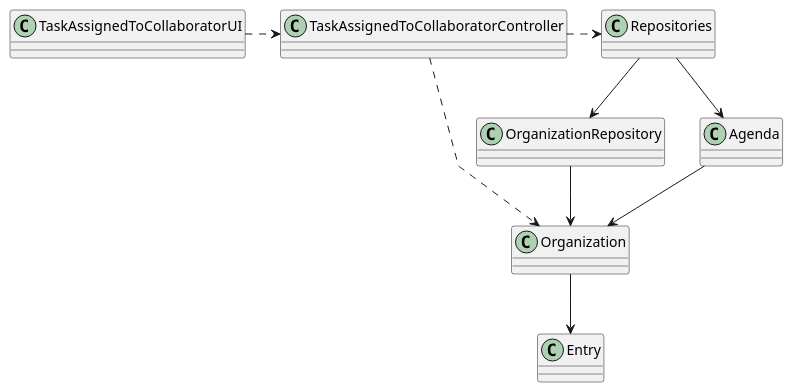
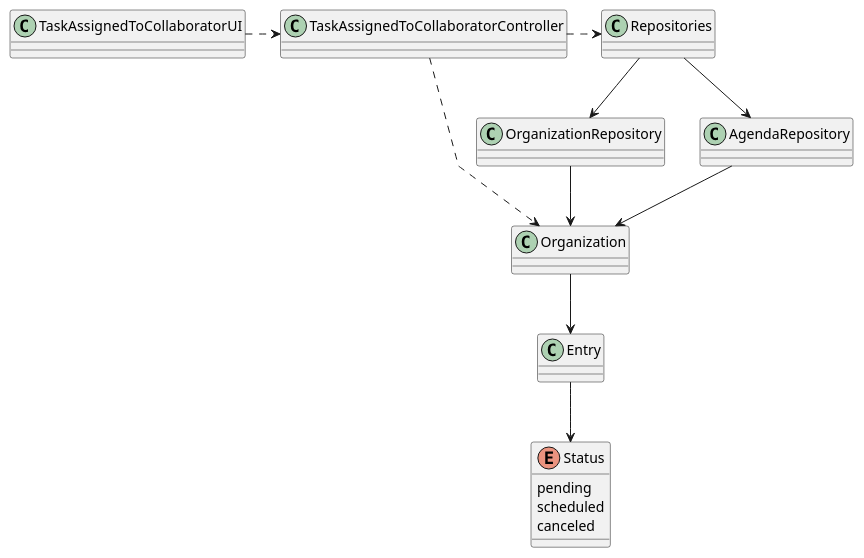
Before and after one commit to Departamento-de-Engenharia-Informatica/lei-24-s2-1df-1de-g063: the diagram in docs/SprintC/us28/03.design/puml/us028-class-diagram.puml, drawn with PlantUML. The commit also changed 5 other files, not shown here.

```diff
--- a/docs/SprintC/us28/03.design/puml/us028-class-diagram.puml
+++ b/docs/SprintC/us28/03.design/puml/us028-class-diagram.puml
@@ -1,49 +1,56 @@
 @startuml
 'skinparam monochrome true
 skinparam packageStyle rectangle
 skinparam shadowing false
 skinparam linetype polyline
 'skinparam linetype orto
 
 skinparam classAttributeIconSize 0
 
 'left to right direction
 
 class TaskAssignedToCollaboratorUI{
 
 }
 
 class TaskAssignedToCollaboratorController{
 
 }
 
 class Organization{
 
 }
 
 class OrganizationRepository{
 
 }
 
-class Agenda{
+class AgendaRepository{
 
 }
 
 class Repositories{
 
 }
 
 class Entry{
 
 }
 
+enum Status{
+    pending
+    scheduled
+    canceled
+}
+
 TaskAssignedToCollaboratorUI .> TaskAssignedToCollaboratorController
 TaskAssignedToCollaboratorController ..> Organization
 TaskAssignedToCollaboratorController .> Repositories
 Repositories --> OrganizationRepository
-Repositories --> Agenda
+Repositories --> AgendaRepository
 OrganizationRepository --> Organization
-Agenda --> Organization
+AgendaRepository --> Organization
 Organization --> Entry
+Entry --> Status
 
 @enduml
```
